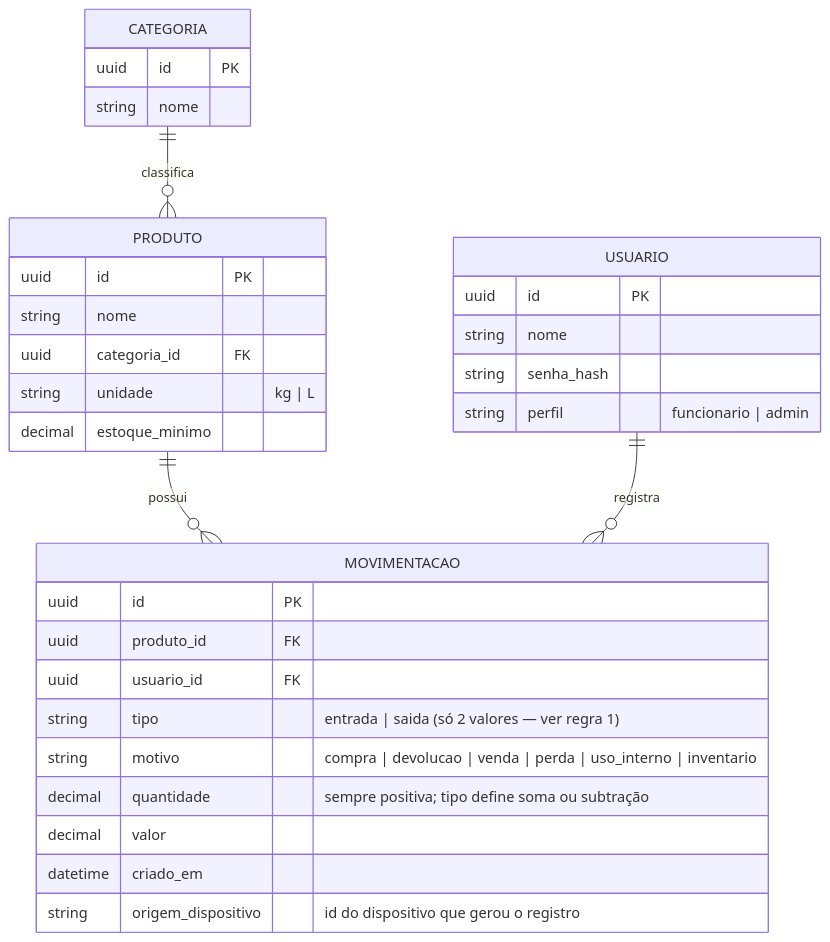
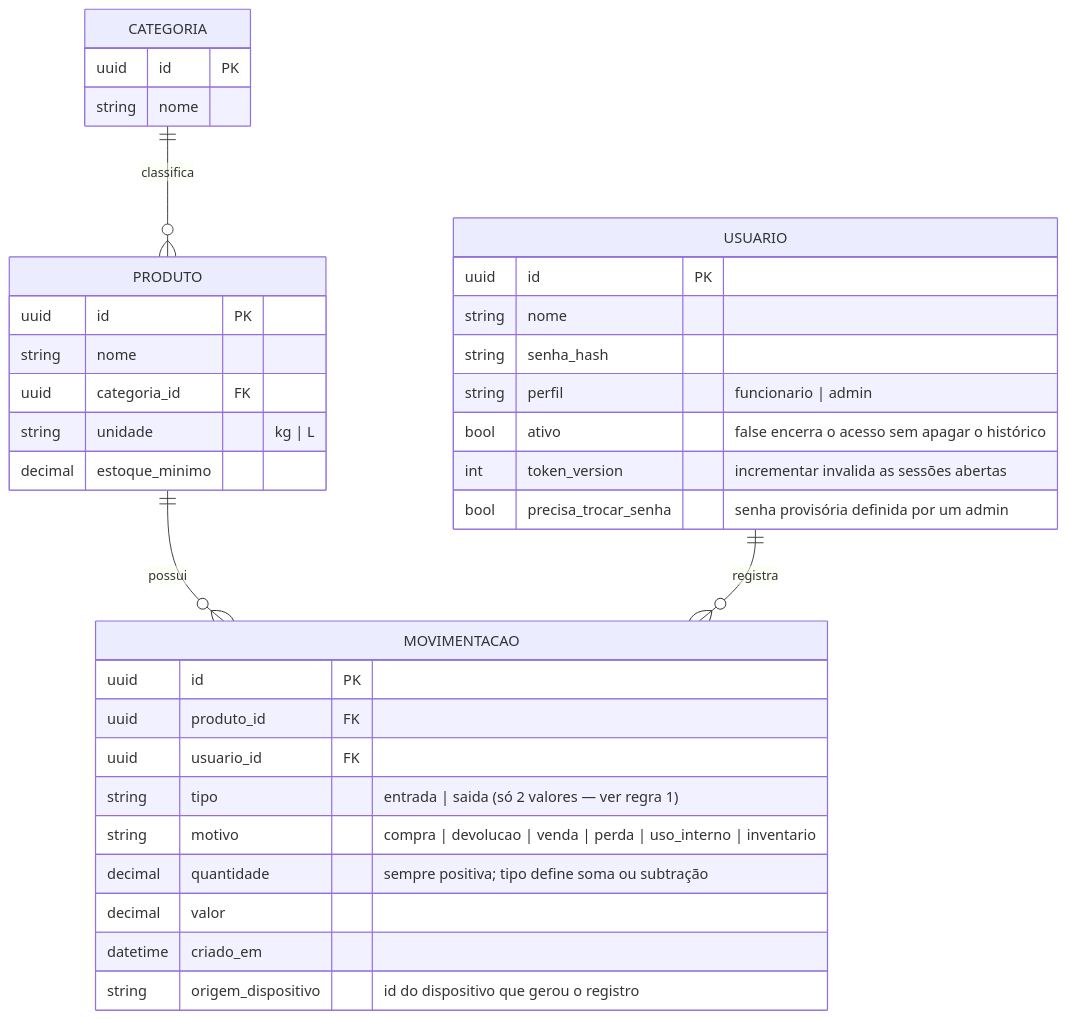
One commit to SergioGuthyerres/CONTROLE-ESTOQUE changed the diagram in docs/especificacao-requisitos.md. Above: the diagram before and after it, drawn with Mermaid. The commit also changed 50 other files, not shown here.

````diff
--- a/docs/especificacao-requisitos.md
+++ b/docs/especificacao-requisitos.md
@@ -44,35 +44,38 @@
 ```mermaid
 erDiagram
     USUARIO {
         uuid id PK
         string nome
         string senha_hash
         string perfil "funcionario | admin"
+        bool ativo "false encerra o acesso sem apagar o histórico"
+        int token_version "incrementar invalida as sessões abertas"
+        bool precisa_trocar_senha "senha provisória definida por um admin"
     }
     CATEGORIA {
         uuid id PK
         string nome
     }
     PRODUTO {
         uuid id PK
         string nome
         uuid categoria_id FK
         string unidade "kg | L"
         decimal estoque_minimo
     }
     MOVIMENTACAO {
         uuid id PK
         uuid produto_id FK
         uuid usuario_id FK
         string tipo "entrada | saida (só 2 valores — ver regra 1)"
         string motivo "compra | devolucao | venda | perda | uso_interno | inventario"
         decimal quantidade "sempre positiva; tipo define soma ou subtração"
         decimal valor
         datetime criado_em
         string origem_dispositivo "id do dispositivo que gerou o registro"
     }
 
     CATEGORIA ||--o{ PRODUTO : classifica
     PRODUTO ||--o{ MOVIMENTACAO : possui
     USUARIO ||--o{ MOVIMENTACAO : registra
 ```
````
